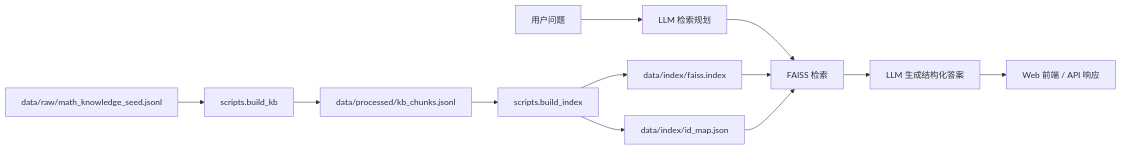
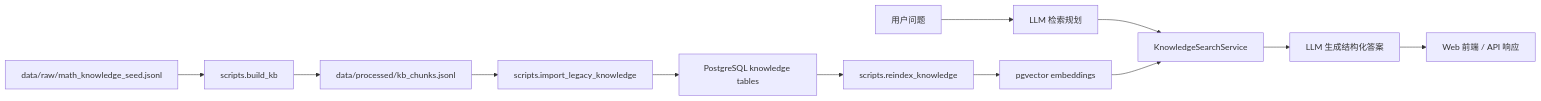
One commit to cloud-by/MathRAG changed the diagram in README.md. Above: the diagram before and after it, drawn with Mermaid. The commit also changed other lines of this file and 19 other files, not shown here.

````diff
--- a/README.md
+++ b/README.md
@@ -49,14 +51,14 @@
 ```mermaid
 flowchart LR
   A["data/raw/math_knowledge_seed.jsonl"] --> B["scripts.build_kb"]
   B --> C["data/processed/kb_chunks.jsonl"]
-  C --> D["scripts.build_index"]
-  D --> E["data/index/faiss.index"]
-  D --> F["data/index/id_map.json"]
+  C --> D["scripts.import_legacy_knowledge"]
+  D --> E["PostgreSQL knowledge tables"]
+  E --> F["scripts.reindex_knowledge"]
+  F --> V["pgvector embeddings"]
   Q["用户问题"] --> P["LLM 检索规划"]
-  P --> R["FAISS 检索"]
-  E --> R
-  F --> R
+  P --> R["KnowledgeSearchService"]
+  V --> R
   R --> L["LLM 生成结构化答案"]
   L --> U["Web 前端 / API 响应"]
 ```
````
